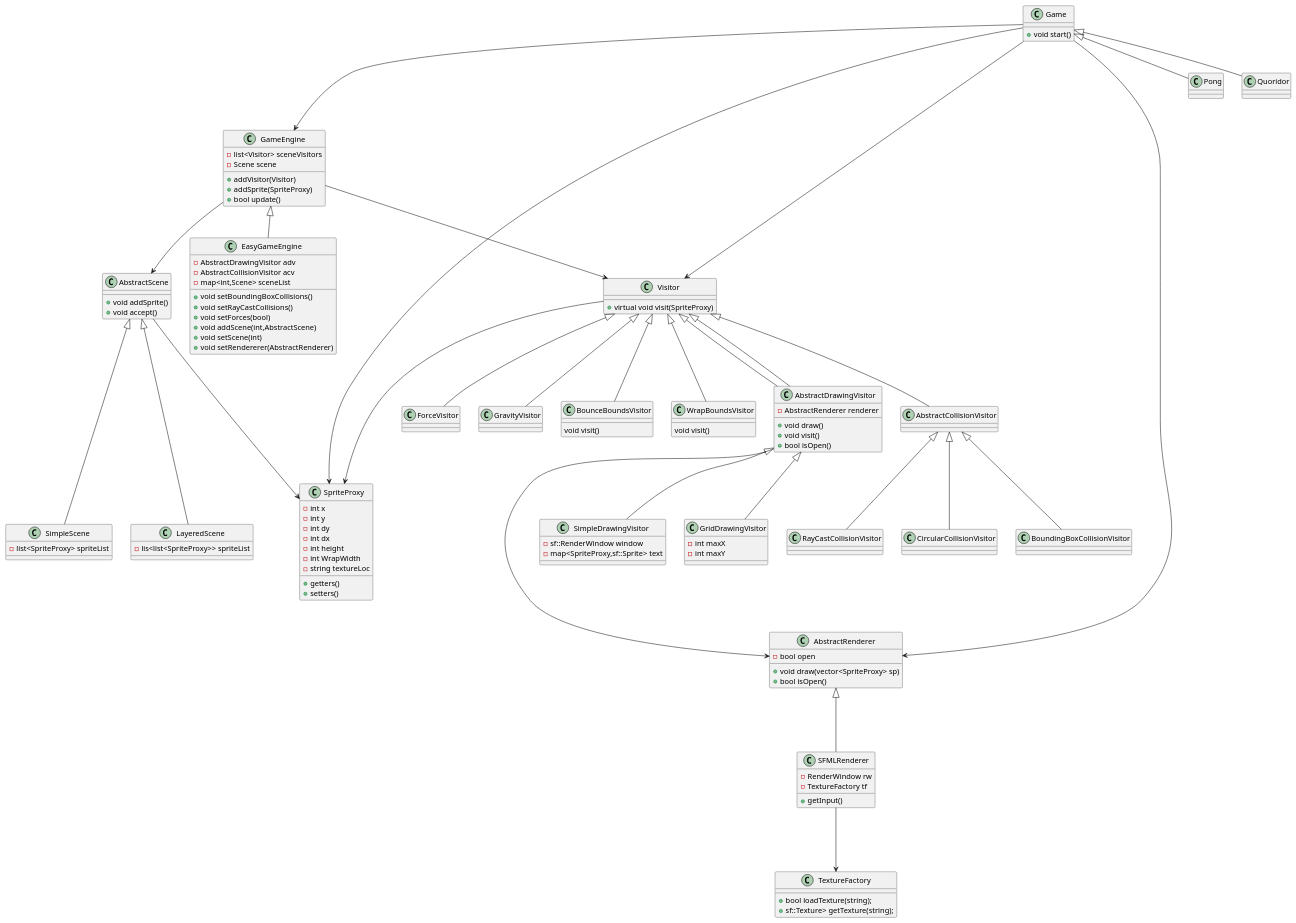
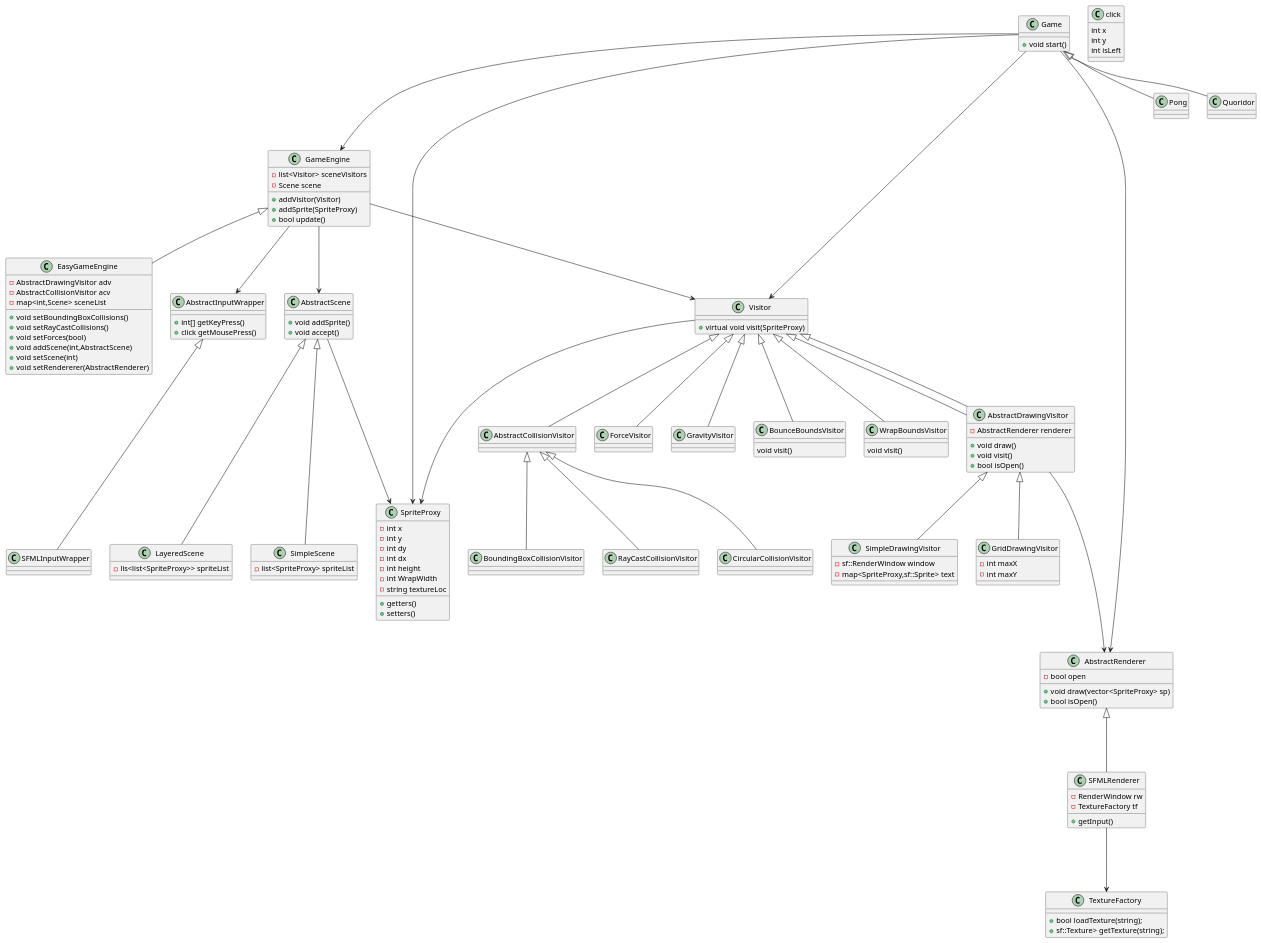
Before and after one commit to spilloid/Visitor-Game-Engine: the diagram in docs/uml.plantuml, drawn with PlantUML. The commit also changed 7 other files, not shown here.

Commit message:
broke input wrapper ; bringing in the big guns and switching to clion

```diff
--- a/docs/uml.plantuml
+++ b/docs/uml.plantuml
@@ -1,127 +1,140 @@
 @startuml FinalProject
 class Game{
     +void start()
 }
 class EasyGameEngine{
     -AbstractDrawingVisitor adv
     -AbstractCollisionVisitor acv
     -map<int,Scene> sceneList
     +void setBoundingBoxCollisions()
     +void setRayCastCollisions()
     +void setForces(bool)
     +void addScene(int,AbstractScene)
     +void setScene(int)
     +void setRendererer(AbstractRenderer)
 }
 class GameEngine {
     -list<Visitor> sceneVisitors
     -Scene scene
     +addVisitor(Visitor)
     +addSprite(SpriteProxy)
     +bool update()
+}
+class click{
+    int x
+    int y
+    int isLeft
+}
+class AbstractInputWrapper {
+    +int[] getKeyPress()
+    +click getMousePress()
+}
+class SFMLInputWrapper {
 }
 class AbstractScene{
     +void addSprite()
     +void accept()
 }
 class SimpleScene{
     -list<SpriteProxy> spriteList
 
 }
 class LayeredScene{
     -lis<list<SpriteProxy>> spriteList
 
 }
 class TextureFactory{
         +bool loadTexture(string);
         +sf::Texture> getTexture(string);
 }
 class SpriteProxy{
     -int x
     -int y
     -int dy
     -int dx
     -int height
     -int WrapWidth
     -string textureLoc
     +getters()
     +setters()
 }
 class Visitor{
     +virtual void visit(SpriteProxy)
 }
 class BounceBoundsVisitor{
     void visit()
 }
 class WrapBoundsVisitor{
     void visit()
 }
 class AbstractCollisionVisitor{
 
 }
 class BoundingBoxCollisionVisitor{
 }
 class RayCastCollisionVisitor{
 
 }
 class CircularCollisionVisitor{
 
 }
 class AbstractRenderer{
     -bool open
     +void draw(vector<SpriteProxy> sp)
     +bool isOpen()
 }
 class SFMLRenderer{
     -RenderWindow rw
     -TextureFactory tf
     +getInput()
 }
 class AbstractDrawingVisitor{
     -AbstractRenderer renderer
     +void draw()
     +void visit()
     +bool isOpen()
 }
 
 class SimpleDrawingVisitor{
     -sf::RenderWindow window
     -map<SpriteProxy,sf::Sprite> text
     }
 class GridDrawingVisitor{
     -int maxX
     -int maxY
 }
 class ForceVisitor{
     }
 class GravityVisitor{
     }
 Game <|-- Pong
 Game <|-- Quoridor
 Game ---> GameEngine
 Game ---> Visitor
 Game ---> SpriteProxy
 Game ---> AbstractRenderer
 GameEngine <|-- EasyGameEngine
 GameEngine --> Visitor
 GameEngine --> AbstractScene
+GameEngine --> AbstractInputWrapper
+AbstractInputWrapper <|--- SFMLInputWrapper
 AbstractScene <|--- LayeredScene
 AbstractScene <|--- SimpleScene
 AbstractScene ---> SpriteProxy
 Visitor ---> SpriteProxy
 Visitor <|-- ForceVisitor
 Visitor <|-- GravityVisitor
 Visitor <|-- BounceBoundsVisitor
 Visitor <|-- WrapBoundsVisitor
 Visitor <|-- AbstractDrawingVisitor
 Visitor<|-- AbstractDrawingVisitor
 Visitor <|-- AbstractCollisionVisitor
 AbstractCollisionVisitor <|-- RayCastCollisionVisitor
 AbstractCollisionVisitor <|-- BoundingBoxCollisionVisitor
 AbstractCollisionVisitor <|-- CircularCollisionVisitor
 AbstractDrawingVisitor <|-- SimpleDrawingVisitor
 AbstractDrawingVisitor <|-- GridDrawingVisitor
 AbstractDrawingVisitor ---> AbstractRenderer
 AbstractRenderer <|--- SFMLRenderer
 SFMLRenderer ---> TextureFactory
 @enduml
```
